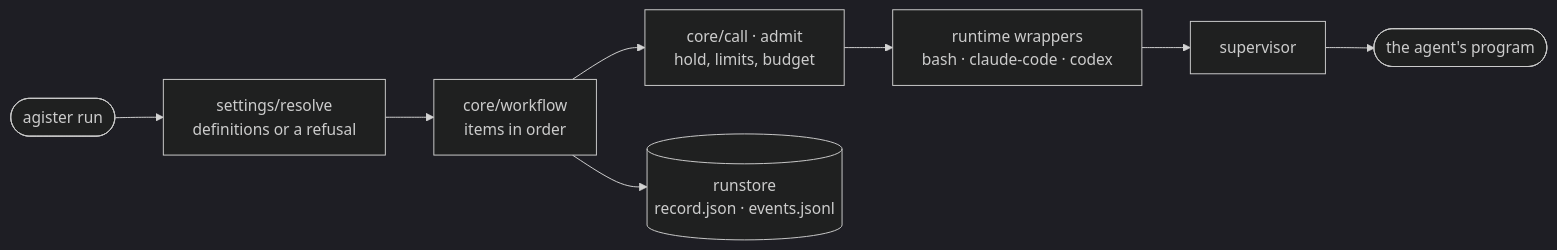
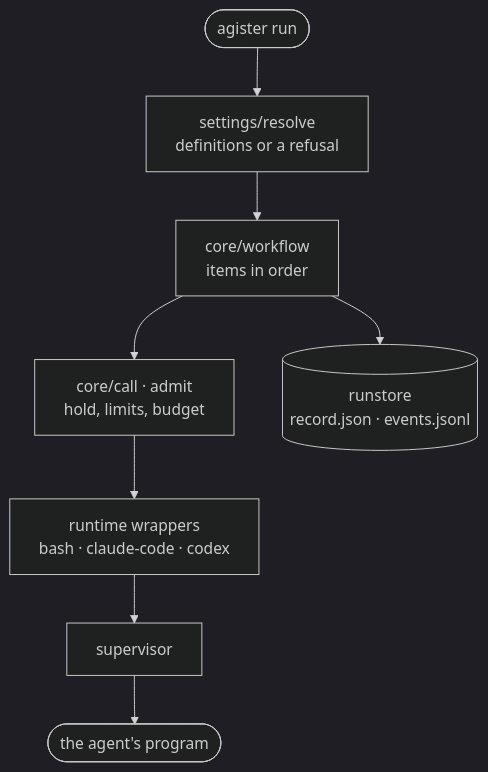
The diagram in README.md (igor1309/igor1309), drawn with Mermaid (dark theme) before and after one commit. The commit also changed other lines of this file, not shown here.

Commit message:
Draw Agister's run diagram top-down so it fits a phone, and name Go in its title

````diff
--- a/README.md
+++ b/README.md
@@ -47,10 +47,10 @@
 ```mermaid
-flowchart LR
+flowchart TD
   request(["agister run"]) --> resolve["settings/resolve<br/>definitions or a refusal"]
   resolve --> workflow["core/workflow<br/>items in order"]
   workflow --> aCall["core/call · admit<br/>hold, limits, budget"]
   aCall --> wrappers["runtime wrappers<br/>bash · claude-code · codex"]
   wrappers --> supervisor["supervisor"]
   supervisor --> program(["the agent's program"])
   workflow --> runstore[("runstore<br/>record.json · events.jsonl")]
 ```
````
